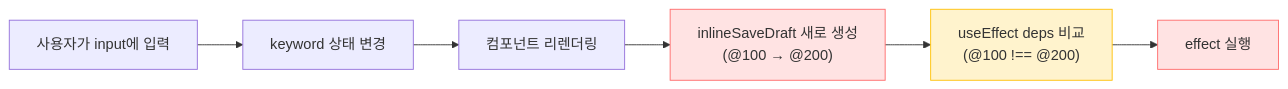
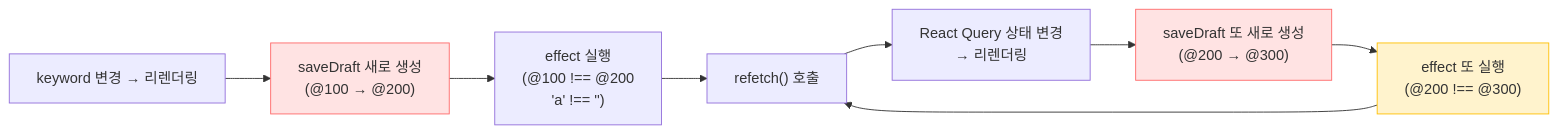
The tenth of 19 diagrams in markdown/2026-01-18/ko/content.mdx (codefug/codefug.github.io), drawn with Mermaid before and after one commit. The commit also changed other lines of this file and 2 other files, not shown here.

````diff
--- a/markdown/2026-01-18/ko/content.mdx
+++ b/markdown/2026-01-18/ko/content.mdx
@@ -798,12 +705,15 @@
 ```mermaid
 flowchart LR
-    A["사용자가 input에 입력"] --> B["keyword 상태 변경"]
-    B --> C["컴포넌트 리렌더링"]
-    C --> D["inlineSaveDraft 새로 생성<br/>(@100 → @200)"]
-    D --> E["useEffect deps 비교<br/>(@100 !== @200)"]
-    E --> F["effect 실행"]
+    A["keyword 변경 → 리렌더링"] --> B["saveDraft 새로 생성<br/>(@100 → @200)"]
+    B --> C["effect 실행<br/>(@100 !== @200
+    'a' !== '')"]
+    C --> D["refetch() 호출"]
+    D --> E["React Query 상태 변경<br/>→ 리렌더링"]
+    E --> F["saveDraft 또 새로 생성<br/>(@200 → @300)"]
+    F --> G["effect 또 실행<br/>(@200 !== @300)"]
+    G --> D
 
-    style D fill:#ffe3e3,stroke:#ff6b6b
-    style E fill:#fff3cd,stroke:#ffc107
+    style B fill:#ffe3e3,stroke:#ff6b6b
     style F fill:#ffe3e3,stroke:#ff6b6b
+    style G fill:#fff3cd,stroke:#ffc107
 ```
````
